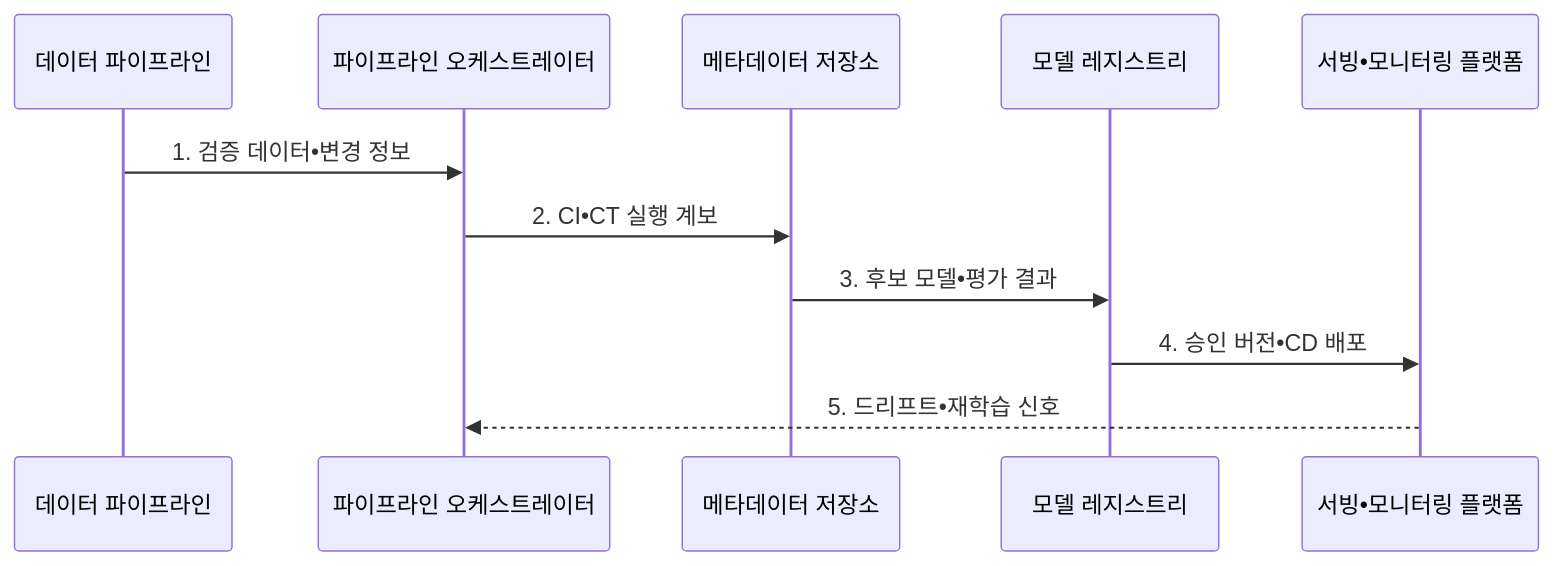
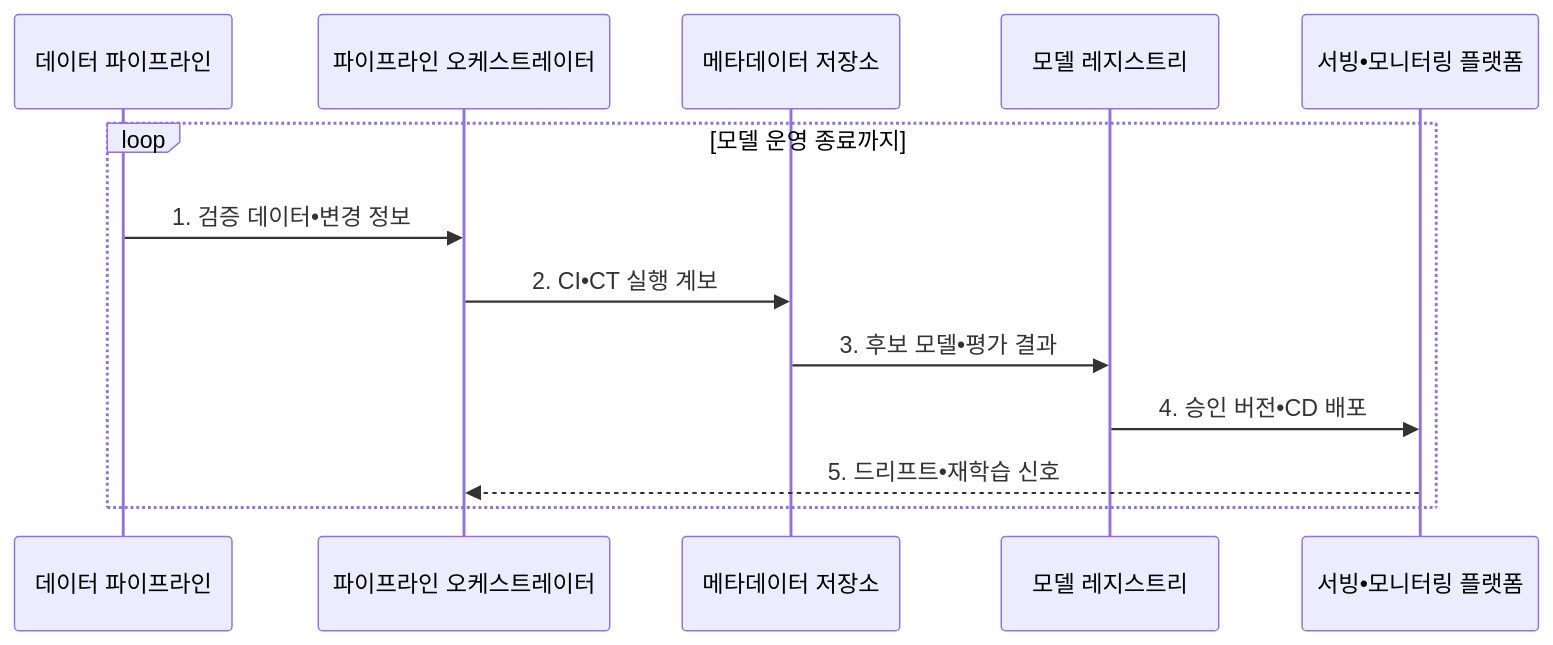
The second of 2 diagrams in src/content/docs/notes/08-latest-tech/128_mlops.md (agnusdei1207/knowledge-base), drawn with Mermaid before and after one commit. The commit also changed other lines of this file and 14 other files, not shown here.

````diff
--- a/src/content/docs/notes/08-latest-tech/128_mlops.md
+++ b/src/content/docs/notes/08-latest-tech/128_mlops.md
@@ -109,13 +109,15 @@
 ```mermaid
 sequenceDiagram
   participant D as 데이터 파이프라인
   participant O as 파이프라인 오케스트레이터
   participant M as 메타데이터 저장소
   participant R as 모델 레지스트리
   participant S as 서빙•모니터링 플랫폼
-  D->>O: 1. 검증 데이터•변경 정보
-  O->>M: 2. CI•CT 실행 계보
-  M->>R: 3. 후보 모델•평가 결과
-  R->>S: 4. 승인 버전•CD 배포
-  S-->>O: 5. 드리프트•재학습 신호
+  loop 모델 운영 종료까지
+    D->>O: 1. 검증 데이터•변경 정보
+    O->>M: 2. CI•CT 실행 계보
+    M->>R: 3. 후보 모델•평가 결과
+    R->>S: 4. 승인 버전•CD 배포
+    S-->>O: 5. 드리프트•재학습 신호
+  end
 ```
````
